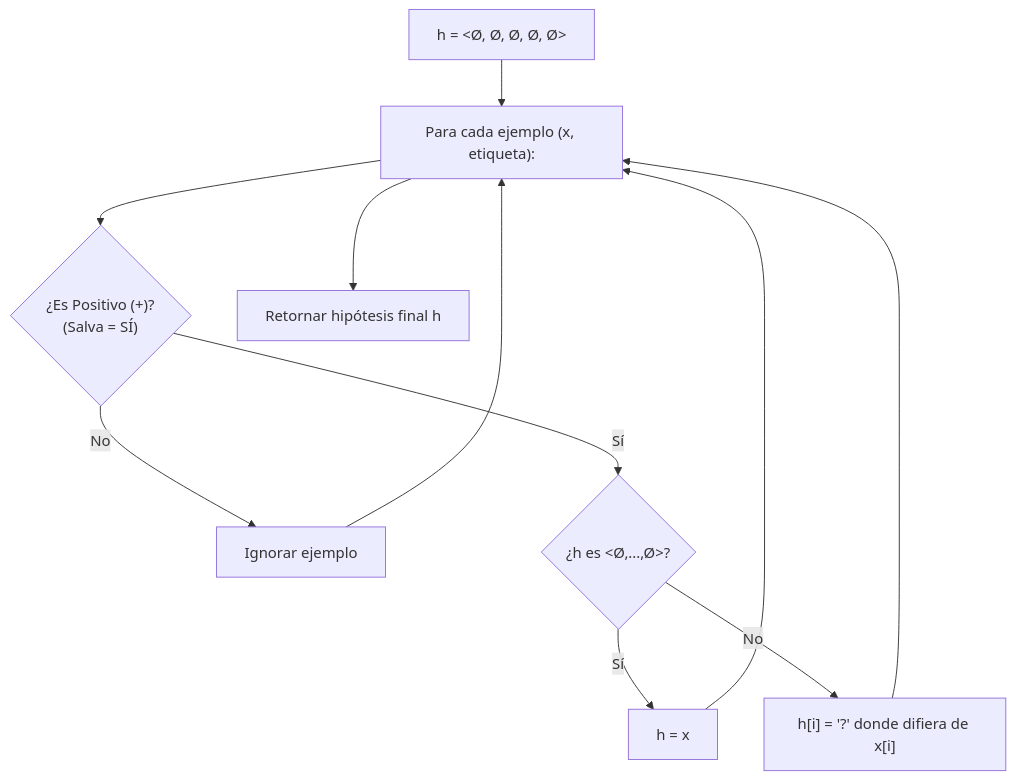
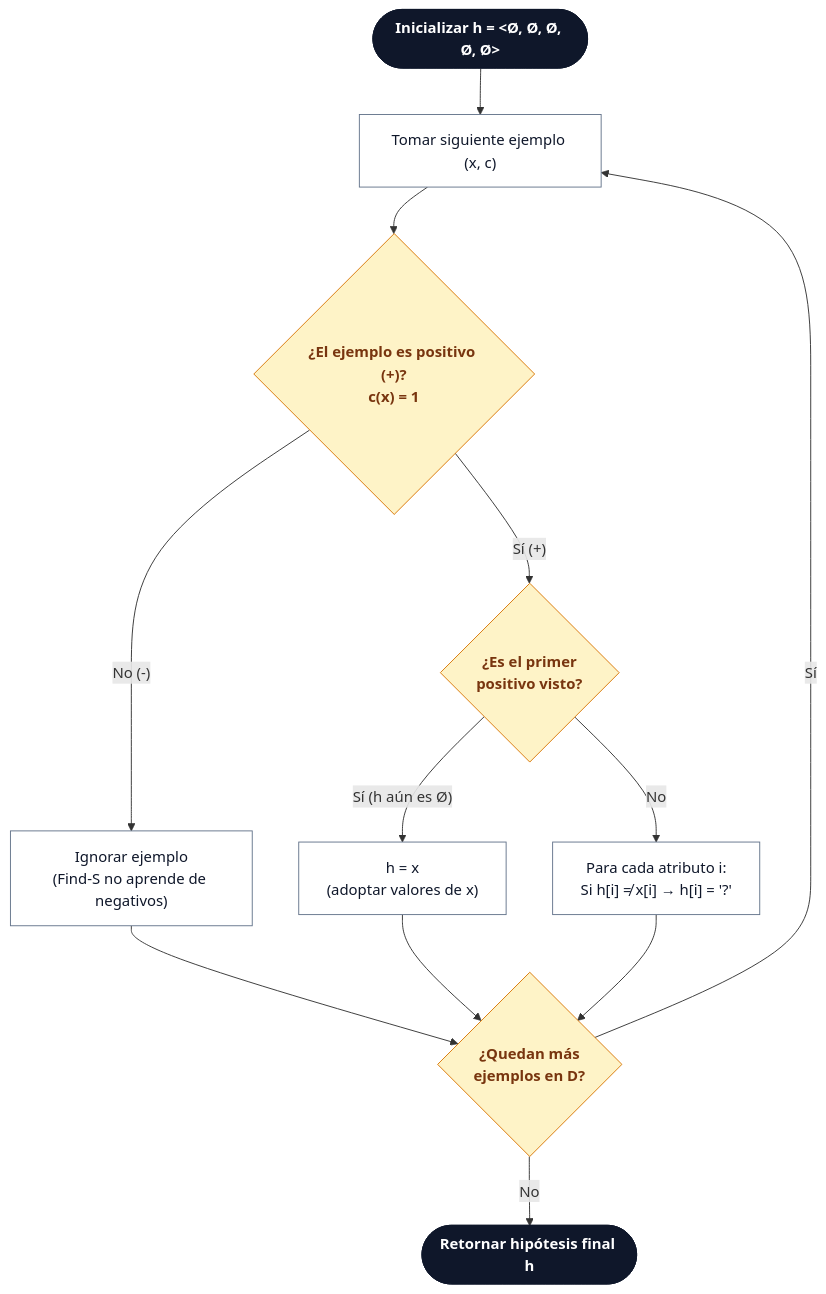
The diagram in practicos/practico 1/resultados/ejercicio_04.md (santrodriguez21/aprendizaje-automatico), drawn with Mermaid before and after one commit. The commit also changed 4 other files, not shown here.

````diff
--- a/practicos/practico 1/resultados/ejercicio_04.md
+++ b/practicos/practico 1/resultados/ejercicio_04.md
@@ -42,10 +42,26 @@
 ```mermaid
-graph TD
-    Start["h = <Ø, Ø, Ø, Ø, Ø>"] --> Loop["Para cada ejemplo (x, etiqueta):"]
-    Loop --> Check{"¿Es Positivo (+)? <br> (Salva = SÍ)"}
-    Check -- No --> Ignore["Ignorar ejemplo"] --> Loop
-    Check -- Sí --> Match{"¿h es <Ø,...,Ø>?"}
-    Match -- Sí --> Init["h = x"] --> Loop
-    Match -- No --> Gen["h[i] = '?' donde difiera de x[i]"] --> Loop
-    Loop --> End["Retornar hipótesis final h"]
+flowchart TD
+    Start(["Inicializar h = <Ø, Ø, Ø, Ø, Ø>"]) --> Get["Tomar siguiente ejemplo (x, c)"]
+    Get --> Check{"¿El ejemplo es positivo (+)?<br/>c(x) = 1"}
+    
+    Check -- "No (-)" --> Ignore["Ignorar ejemplo<br/>(Find-S no aprende de negativos)"]
+    Check -- "Sí (+)" --> First{"¿Es el primer<br/>positivo visto?"}
+    
+    First -- "Sí (h aún es Ø)" --> Init["h = x<br/>(adoptar valores de x)"]
+    First -- "No" --> Gen["Para cada atributo i:<br/>Si h[i] ≠ x[i] → h[i] = '?'"]
+    
+    Ignore --> Next{"¿Quedan más<br/>ejemplos en D?"}
+    Init --> Next
+    Gen --> Next
+    
+    Next -- "Sí" --> Get
+    Next -- "No" --> Ret(["Retornar hipótesis final h"])
+
+    classDef startEnd fill:#0f172a,stroke:#0f172a,color:#fff,font-weight:bold
+    classDef decision fill:#fef3c7,stroke:#d97706,color:#78350f,font-weight:bold
+    classDef process fill:#ffffff,stroke:#64748b,color:#0f172a
+    
+    class Start,Ret startEnd
+    class Check,First,Next decision
+    class Get,Ignore,Init,Gen process
 ```
````
